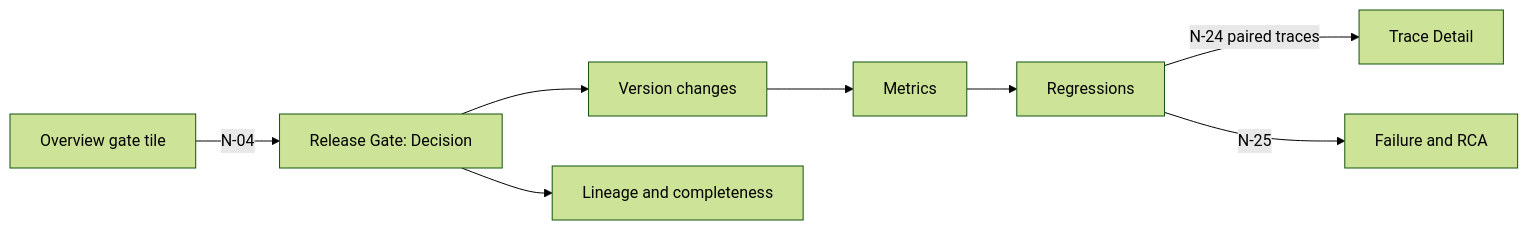
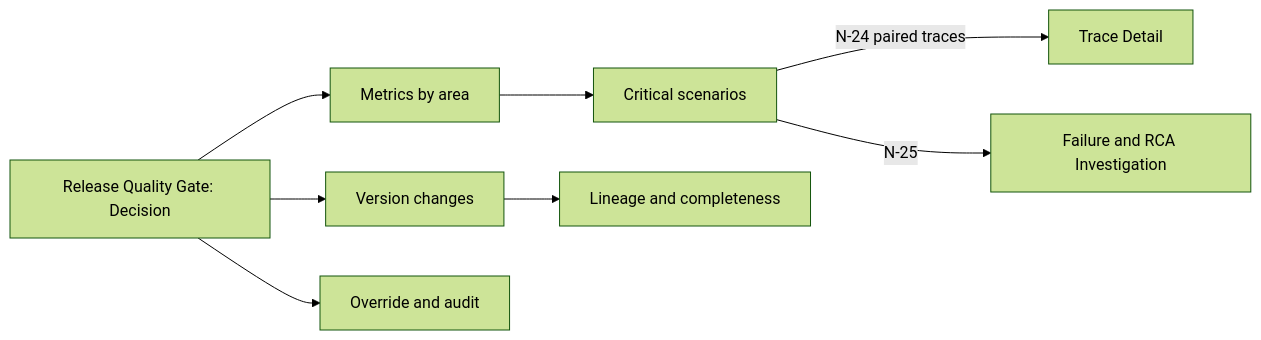
One commit to trustops-dev/trustops-ai changed the fourth of 4 diagrams in docs/architecture/dashboard/reviewer-journeys.md. Above: the diagram before and after it, drawn with Mermaid (forest theme). The commit also changed other lines of this file and 8 other files, not shown here.

First line of the commit message:
Align dashboard UX architecture with the proposal and user stories

````diff
--- a/docs/architecture/dashboard/reviewer-journeys.md
+++ b/docs/architecture/dashboard/reviewer-journeys.md
@@ -176,8 +187,8 @@
 ```mermaid
 flowchart LR
- OVW[Overview gate tile] -->|N-04| DEC[Release Gate: Decision]
- DEC --> VC[Version changes] --> MET[Metrics] --> REG[Regressions]
- REG -->|N-24 paired traces| TRD[Trace Detail]
- REG -->|N-25| RCA[Failure and RCA]
- DEC --> LIN[Lineage and completeness]
+ REL[Release Quality Gate: Decision] --> MET[Metrics by area] --> CS[Critical scenarios]
+ CS -->|N-24 paired traces| TRD[Trace Detail]
+ CS -->|N-25| RCA[Failure and RCA Investigation]
+ REL --> VC[Version changes] --> LIN[Lineage and completeness]
+ REL --> OV[Override and audit]
 ```
````
